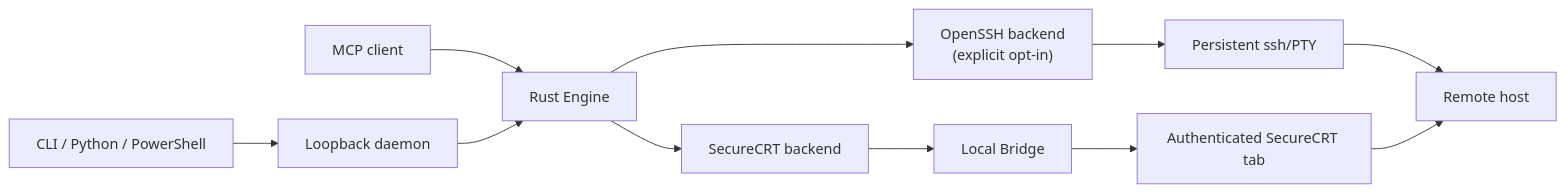
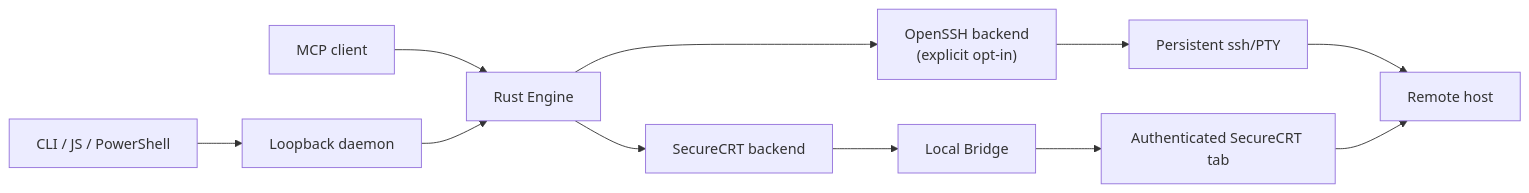
One commit to seaworld008/securecrt-mcp changed the diagram in docs/architecture.md. Above: the diagram before and after it, drawn with Mermaid. The commit also changed other lines of this file and 133 other files, not shown here.

````diff
--- a/docs/architecture.md
+++ b/docs/architecture.md
@@ -17,13 +19,13 @@
 ```mermaid
 flowchart LR
     A["MCP client"] --> B["Rust Engine"]
     B --> C["SecureCRT backend"]
     C --> D["Local Bridge"]
     D --> E["Authenticated SecureCRT tab"]
     B --> F["OpenSSH backend<br/>(explicit opt-in)"]
     F --> G["Persistent ssh/PTY"]
     G --> H["Remote host"]
     E --> H
-    I["CLI / Python / PowerShell"] --> J["Loopback daemon"]
+    I["CLI / JS / PowerShell"] --> J["Loopback daemon"]
     J --> B
 ```
````
